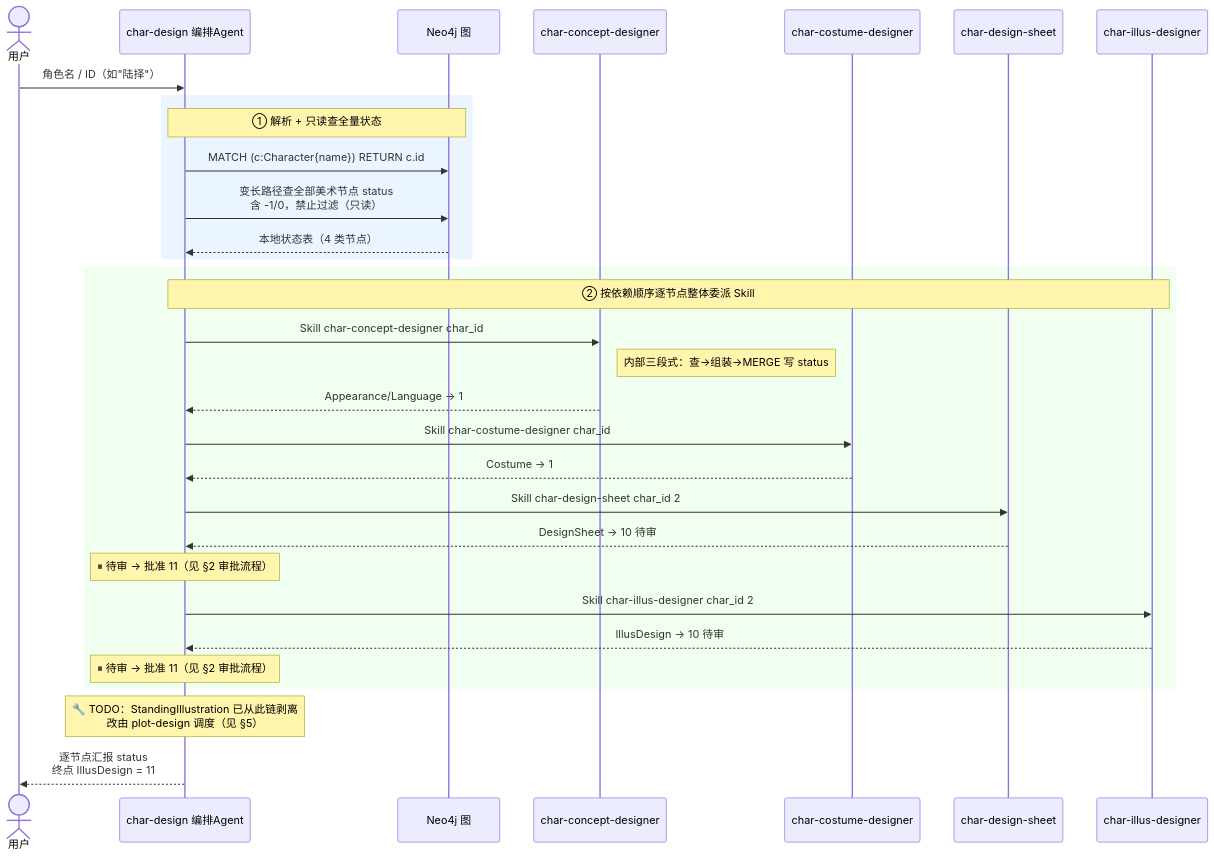
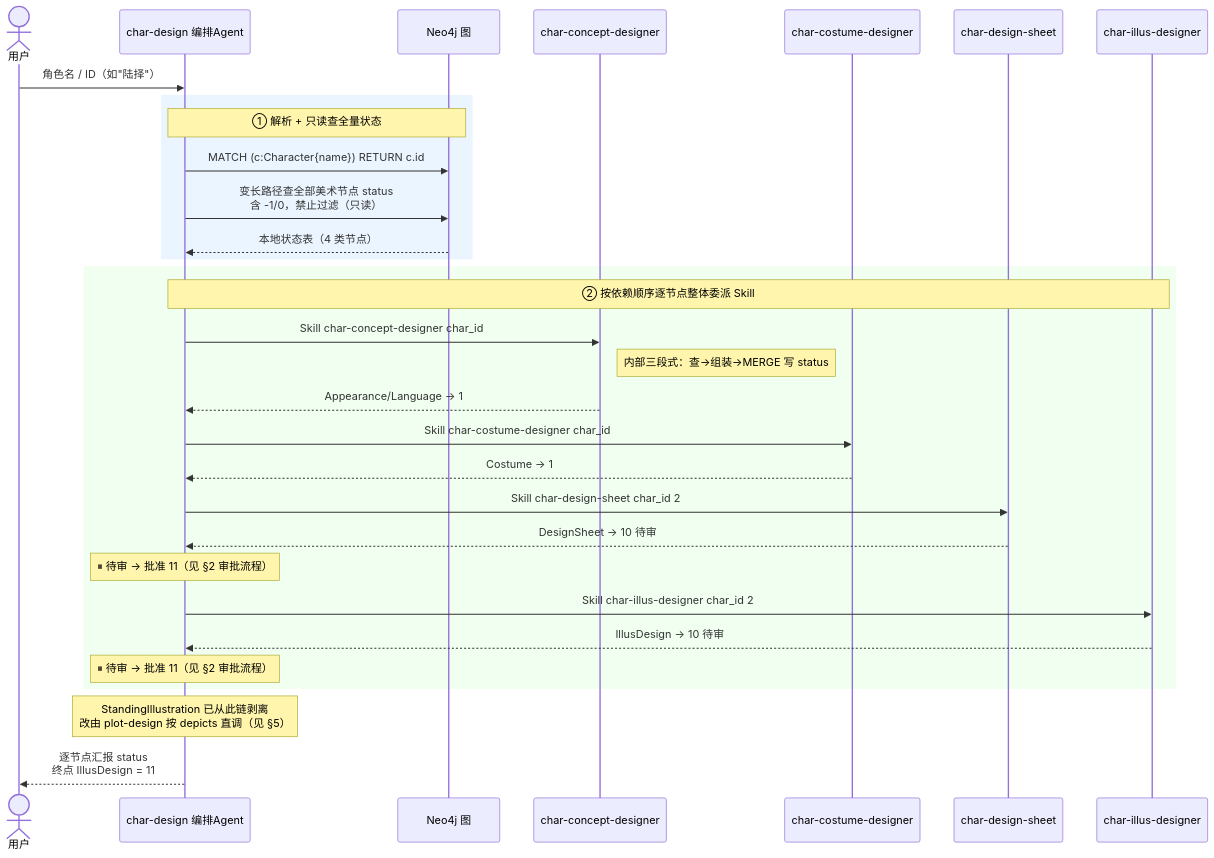
The second of 4 diagrams in README.md (CrazyJinn/OtheredGlass), drawn with Mermaid before and after one commit. The commit also changed other lines of this file and 17 other files, not shown here.

First line of the commit message:
feat: 剧情创作拆三段 + 立绘剥离到 plot-design

````diff
--- a/README.md
+++ b/README.md
@@ -116,41 +116,41 @@
 ```mermaid
 sequenceDiagram
     actor U as 用户
     participant A as char-design 编排Agent
     participant DB as Neo4j 图
     participant S1 as char-concept-designer
     participant S2 as char-costume-designer
     participant S3 as char-design-sheet
     participant S4 as char-illus-designer
 
     U->>A: 角色名 / ID（如"陆择"）
 
     rect rgb(235, 245, 255)
     Note over A,DB: ① 解析 + 只读查全量状态
     A->>DB: MATCH (c:Character{name}) RETURN c.id
     A->>DB: 变长路径查全部美术节点 status<br/>含 -1/0，禁止过滤（只读）
     DB-->>A: 本地状态表（4 类节点）
     end
 
     rect rgb(240, 255, 240)
     Note over A,S4: ② 按依赖顺序逐节点整体委派 Skill
     A->>S1: Skill char-concept-designer char_id
     Note right of S1: 内部三段式：查→组装→MERGE 写 status
     S1-->>A: Appearance/Language → 1
 
     A->>S2: Skill char-costume-designer char_id
     S2-->>A: Costume → 1
 
     A->>S3: Skill char-design-sheet char_id 2
     S3-->>A: DesignSheet → 10 待审
     Note over A: ⏸ 待审 → 批准 11（见 §2 审批流程）
 
     A->>S4: Skill char-illus-designer char_id 2
     S4-->>A: IllusDesign → 10 待审
     Note over A: ⏸ 待审 → 批准 11（见 §2 审批流程）
     end
 
-    Note over A: 🔧 TODO：StandingIllustration 已从此链剥离<br/>改由 plot-design 调度（见 §5）
+    Note over A: StandingIllustration 已从此链剥离<br/>改由 plot-design 按 depicts 直调（见 §5）
 
     A-->>U: 逐节点汇报 status<br/>终点 IllusDesign = 11
 ```
````
